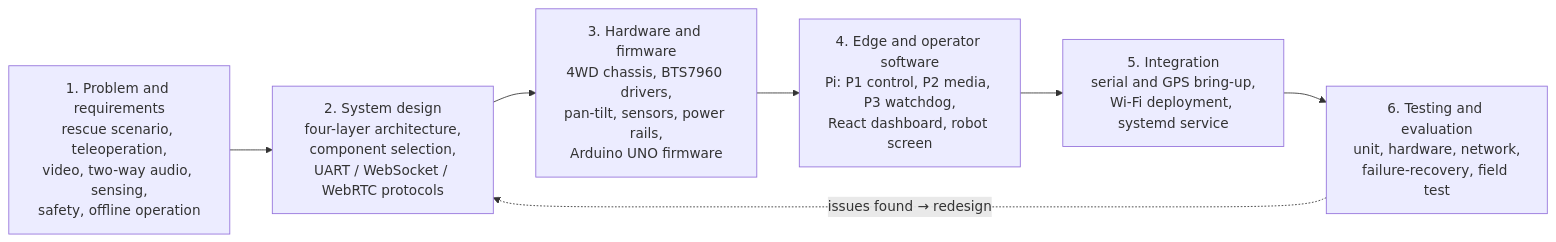
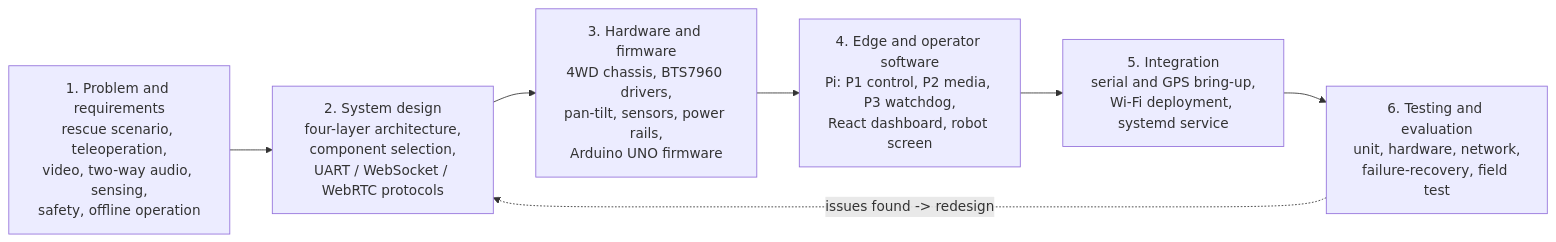
One commit to baiust999/robort-code-from-pi changed the first of 14 diagrams in research paper/methodology_diagrams.md. Above: the diagram before and after it, drawn with Mermaid. The commit also changed other lines of this file and 4 other files, not shown here.

````diff
--- a/research paper/methodology_diagrams.md
+++ b/research paper/methodology_diagrams.md
@@ -33,11 +33,11 @@
 ```mermaid
 flowchart LR
     A["1. Problem and requirements<br/>rescue scenario, teleoperation,<br/>video, two-way audio, sensing,<br/>safety, offline operation"]
     B["2. System design<br/>four-layer architecture,<br/>component selection,<br/>UART / WebSocket / WebRTC protocols"]
     C["3. Hardware and firmware<br/>4WD chassis, BTS7960 drivers,<br/>pan-tilt, sensors, power rails,<br/>Arduino UNO firmware"]
     D["4. Edge and operator software<br/>Pi: P1 control, P2 media, P3 watchdog,<br/>React dashboard, robot screen"]
     E["5. Integration<br/>serial and GPS bring-up,<br/>Wi-Fi deployment, systemd service"]
     F["6. Testing and evaluation<br/>unit, hardware, network,<br/>failure-recovery, field test"]
     A --> B --> C --> D --> E --> F
-    F -. "issues found → redesign" .-> B
+    F -. "issues found -> redesign" .-> B
 ```
````
